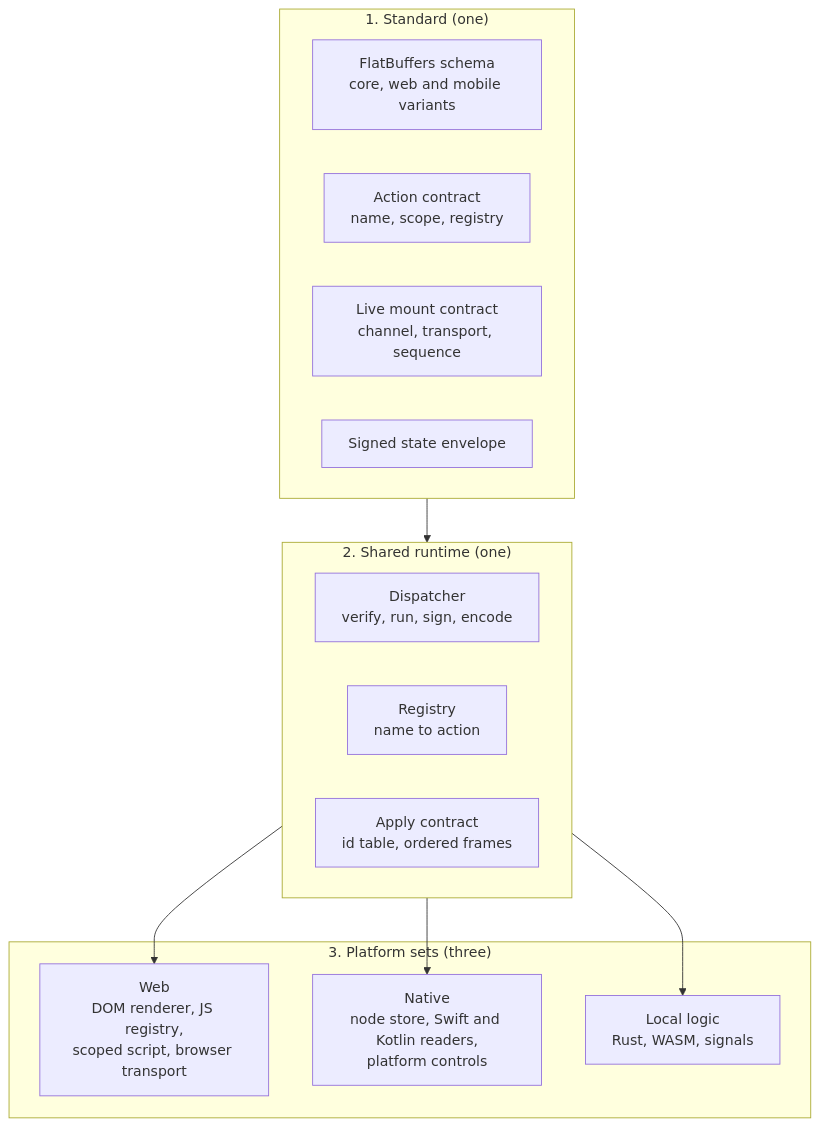
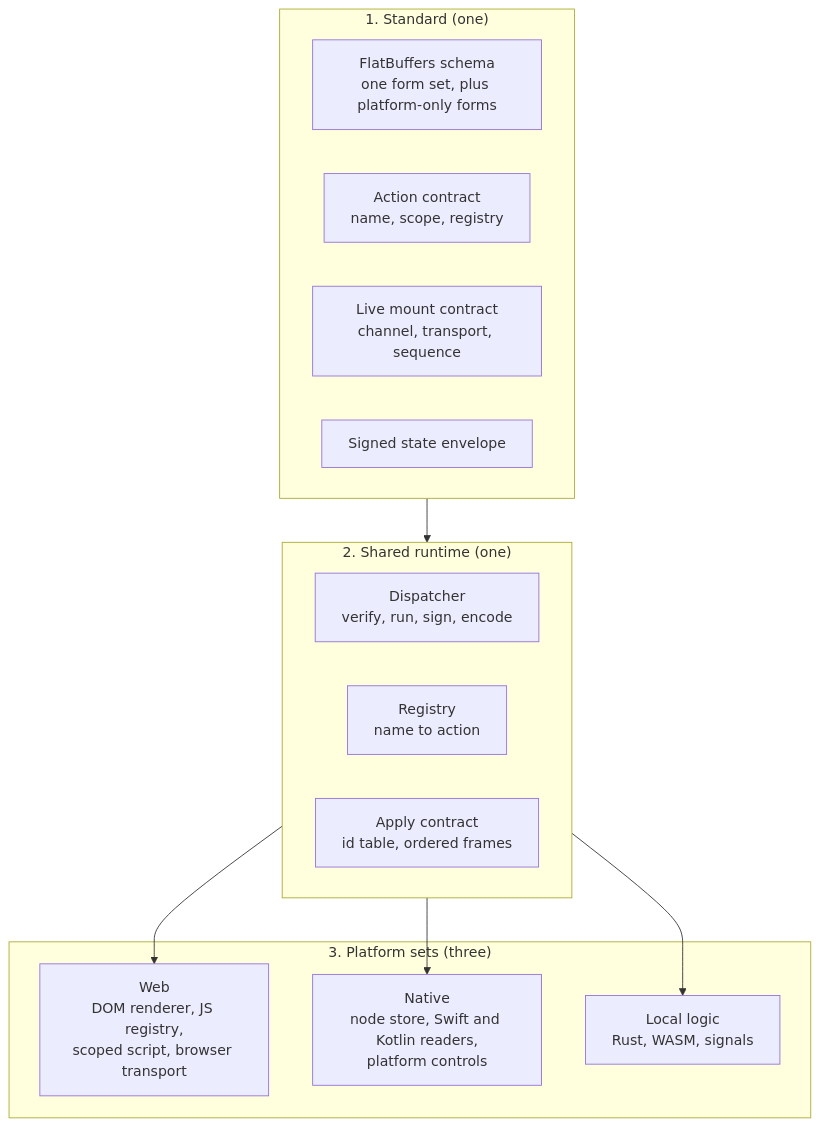
Before and after one commit to ewe-studios/ewe_platform: the first of 2 diagrams in specifications/69-foundation-ui-v2/research/13-platform-capabilities.md, drawn with Mermaid. The commit also changed other lines of this file and 7 other files, not shown here.

````diff
--- a/specifications/69-foundation-ui-v2/research/13-platform-capabilities.md
+++ b/specifications/69-foundation-ui-v2/research/13-platform-capabilities.md
@@ -30,23 +30,23 @@
 ```mermaid
 flowchart TB
     subgraph STD["1. Standard (one)"]
-        SCH["FlatBuffers schema<br/>core, web and mobile variants"]
+        SCH["FlatBuffers schema<br/>one form set, plus platform-only forms"]
         ACT["Action contract<br/>name, scope, registry"]
         LIVE["Live mount contract<br/>channel, transport, sequence"]
         STATE["Signed state envelope"]
     end
     subgraph RUN["2. Shared runtime (one)"]
         DIS["Dispatcher<br/>verify, run, sign, encode"]
         REG["Registry<br/>name to action"]
         APP["Apply contract<br/>id table, ordered frames"]
     end
     subgraph PLAT["3. Platform sets (three)"]
         W["Web<br/>DOM renderer, JS registry,<br/>scoped script, browser transport"]
         N["Native<br/>node store, Swift and Kotlin readers,<br/>platform controls"]
         L["Local logic<br/>Rust, WASM, signals"]
     end
     STD --> RUN
     RUN --> W
     RUN --> N
     RUN --> L
 ```
````
